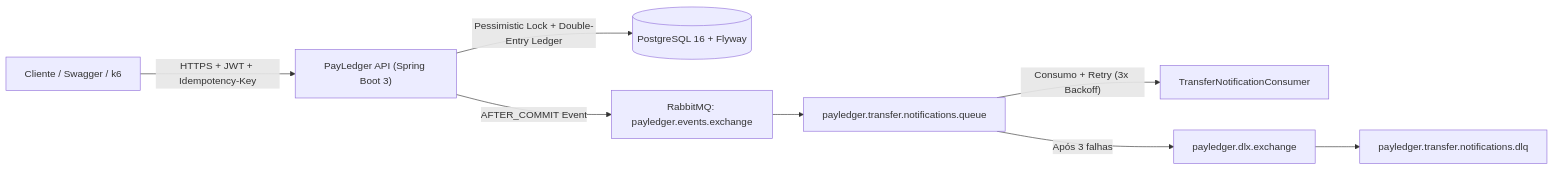
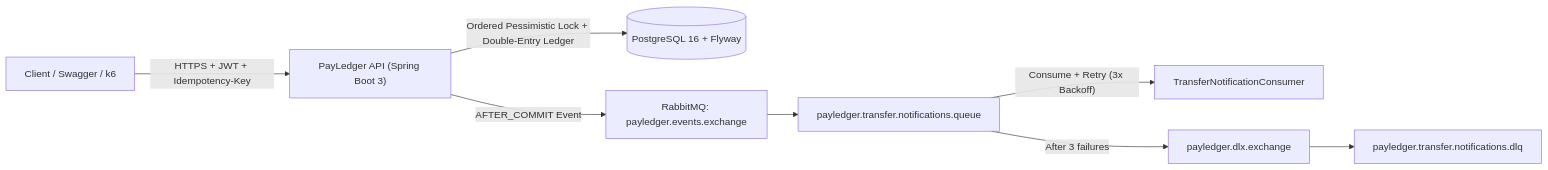
One commit to dannyykenji/payledger changed the diagram in README.md. Above: the diagram before and after it, drawn with Mermaid. The commit also changed other lines of this file, not shown here.

````diff
--- a/README.md
+++ b/README.md
@@ -9,10 +9,10 @@
 ```mermaid
 flowchart LR
-    Client["Cliente / Swagger / k6"] -->|"HTTPS + JWT + Idempotency-Key"| API["PayLedger API (Spring Boot 3)"]
-    API -->|"Pessimistic Lock + Double-Entry Ledger"| PG[("PostgreSQL 16 + Flyway")]
+    Client["Client / Swagger / k6"] -->|"HTTPS + JWT + Idempotency-Key"| API["PayLedger API (Spring Boot 3)"]
+    API -->|"Ordered Pessimistic Lock + Double-Entry Ledger"| PG[("PostgreSQL 16 + Flyway")]
     API -->|"AFTER_COMMIT Event"| EX["RabbitMQ: payledger.events.exchange"]
     EX --> Q["payledger.transfer.notifications.queue"]
-    Q -->|"Consumo + Retry (3x Backoff)"| Consumer["TransferNotificationConsumer"]
-    Q -->|"Após 3 falhas"| DLX["payledger.dlx.exchange"]
+    Q -->|"Consume + Retry (3x Backoff)"| Consumer["TransferNotificationConsumer"]
+    Q -->|"After 3 failures"| DLX["payledger.dlx.exchange"]
     DLX --> DLQ["payledger.transfer.notifications.dlq"]
 ```
````
